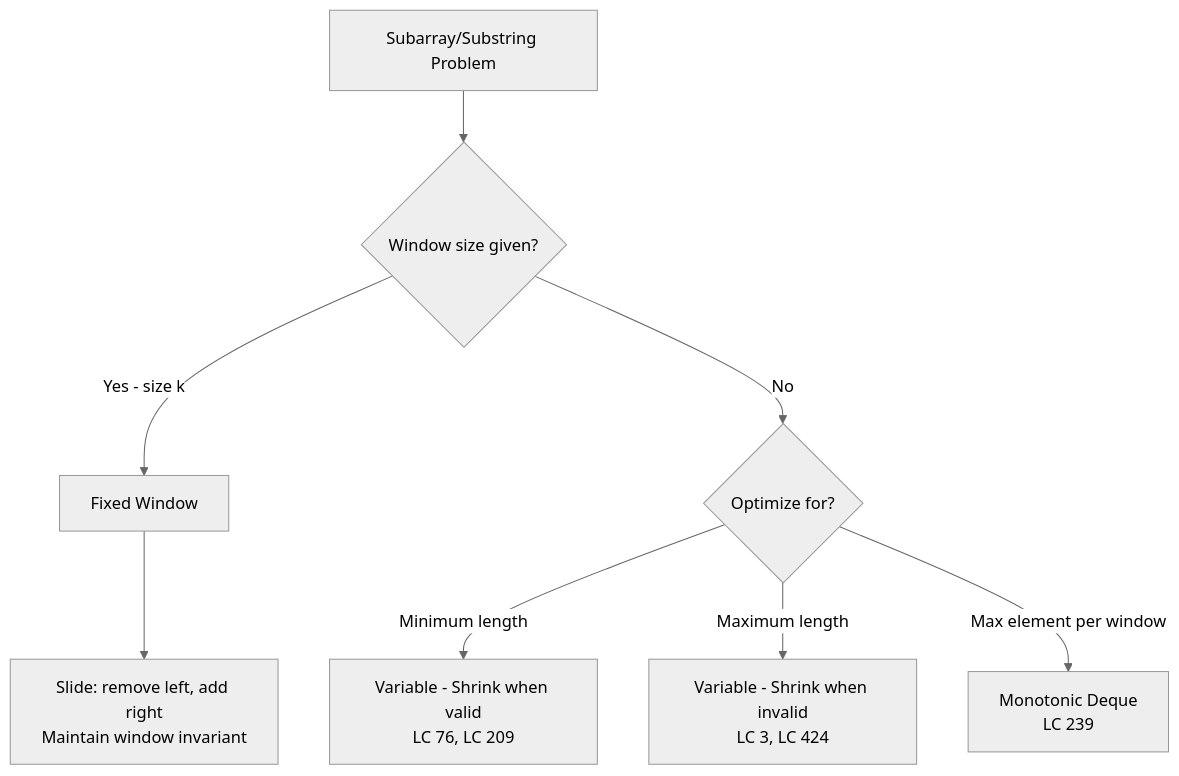
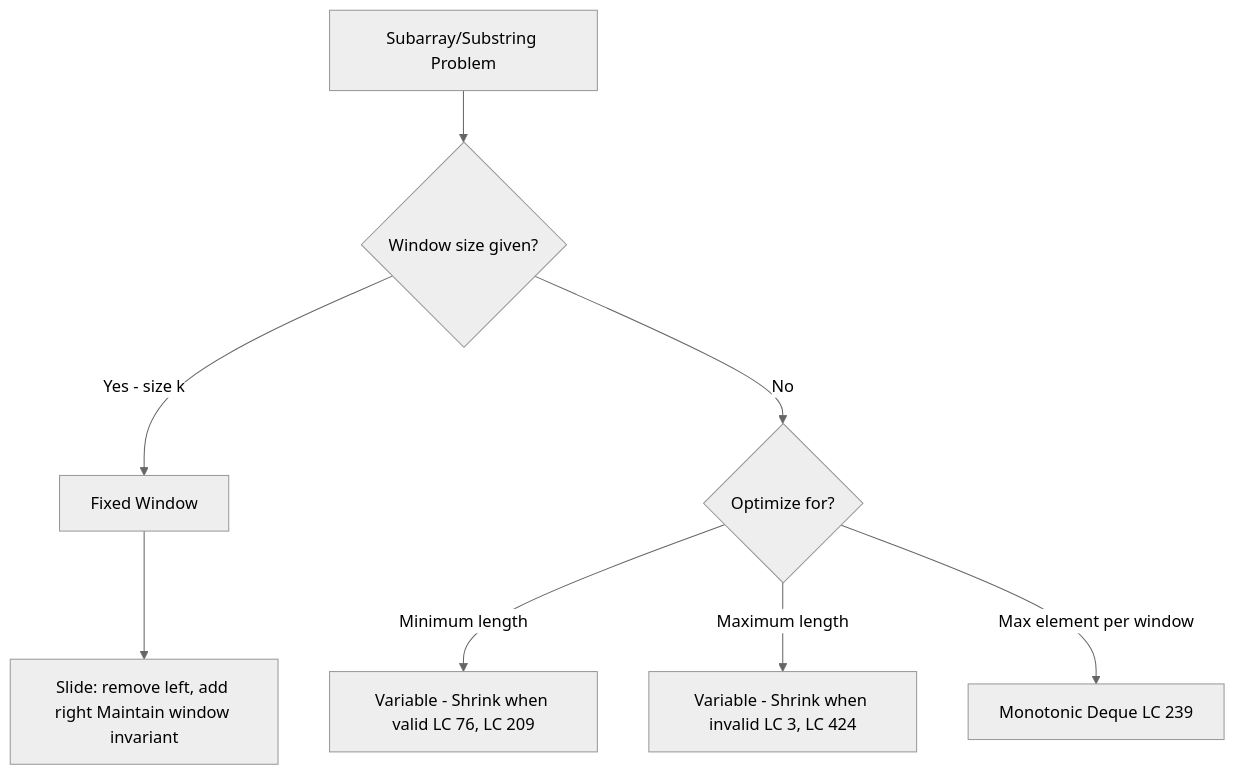
One commit to deepanshu-rawat6/AlgoAtlas changed the third of 6 diagrams in sliding_window/README.md. Above: the diagram before and after it, drawn with Mermaid (neutral theme). The commit also changed other lines of this file and 13 other files, not shown here.

````diff
--- a/sliding_window/README.md
+++ b/sliding_window/README.md
@@ -76,10 +76,10 @@
 ```mermaid
 flowchart TD
     A["Subarray/Substring Problem"] --> B{"Window size given?"}
     B -->|Yes - size k| C[Fixed Window]
     B -->|No| D{"Optimize for?"}
-    C --> C1[Slide: remove left, add right<br>Maintain window invariant]
-    D -->|Minimum length| E[Variable - Shrink when valid<br>LC 76, LC 209]
-    D -->|Maximum length| F[Variable - Shrink when invalid<br>LC 3, LC 424]
-    D -->|Max element per window| G[Monotonic Deque<br>LC 239]
+    C --> C1[Slide: remove left, add right Maintain window invariant]
+    D -->|Minimum length| E[Variable - Shrink when valid LC 76, LC 209]
+    D -->|Maximum length| F[Variable - Shrink when invalid LC 3, LC 424]
+    D -->|Max element per window| G[Monotonic Deque LC 239]
 ```
````
